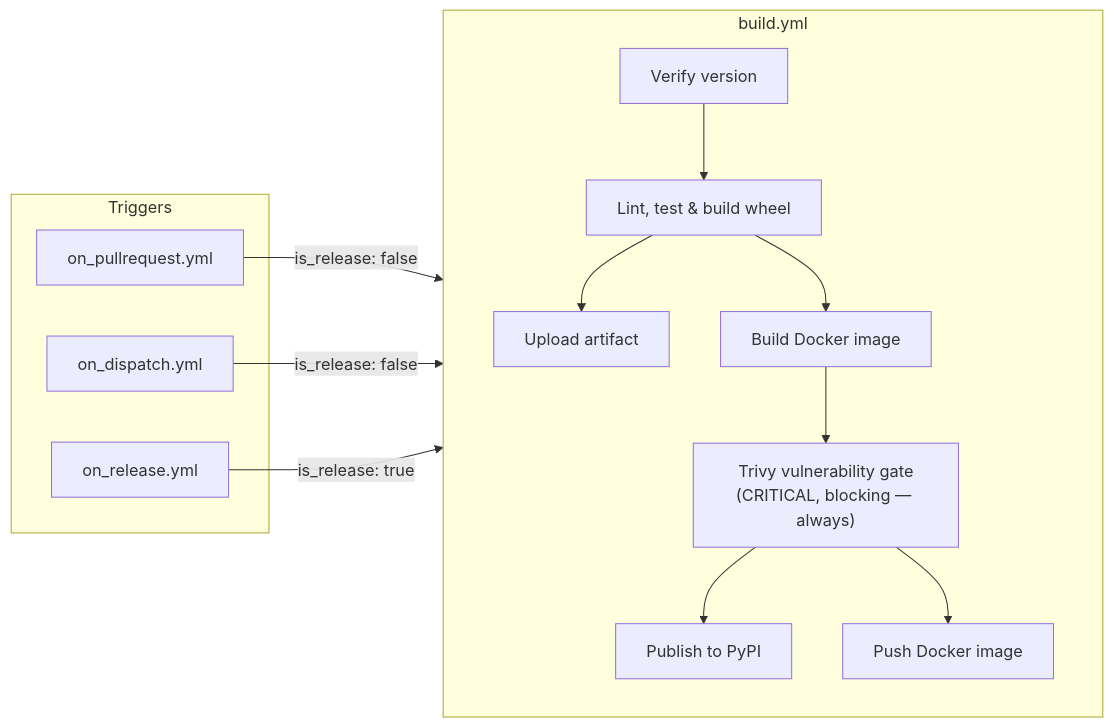
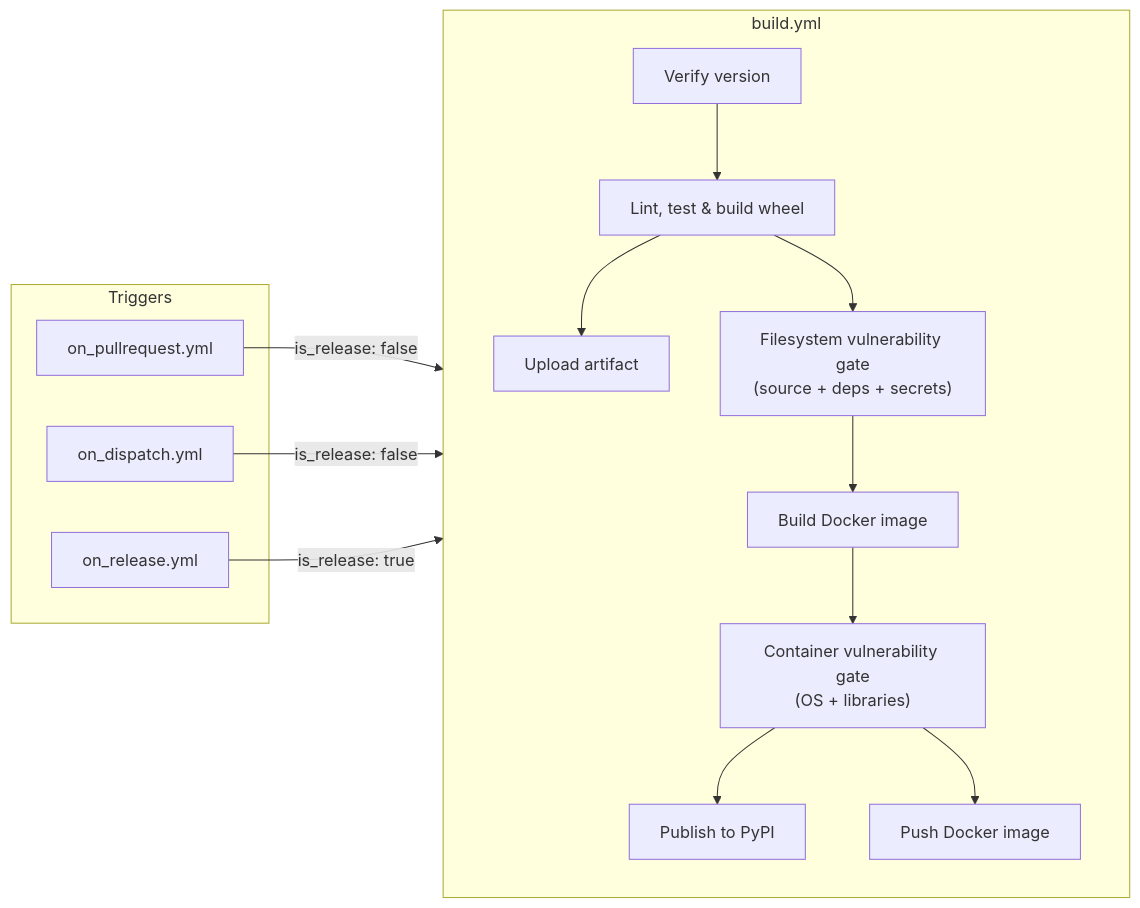
Before and after one commit to ValentinTwin1206/deply-dependency-manager: the diagram in docs/technical-documentation/integration_and_deployment/ci_cd.md, drawn with Mermaid. The commit also changed other lines of this file and 2 other files, not shown here.

````diff
--- a/docs/technical-documentation/integration_and_deployment/ci_cd.md
+++ b/docs/technical-documentation/integration_and_deployment/ci_cd.md
@@ -85,28 +85,29 @@
 ```mermaid
 flowchart LR
   subgraph Triggers
     PR["on_pullrequest.yml"]
     DI["on_dispatch.yml"]
     RE["on_release.yml"]
   end
 
   subgraph "build.yml"
     direction TB
     V["Verify version"]
     B["Lint, test & build wheel"]
     A["Upload artifact"]
+    FG["Filesystem vulnerability gate\n(source + deps + secrets)"]
     D["Build Docker image"]
-    TG["Trivy vulnerability gate\n(CRITICAL, blocking — always)"]
+    IG["Container vulnerability gate\n(OS + libraries)"]
     P["Publish to PyPI"]
     PD["Push Docker image"]
 
     V --> B --> A
-    B --> D --> TG
-    TG --> P
-    TG --> PD
+    B --> FG --> D --> IG
+    IG --> P
+    IG --> PD
   end
 
   PR -- "is_release: false" --> V
   DI -- "is_release: false" --> V
   RE -- "is_release: true" --> V
 ```
````
